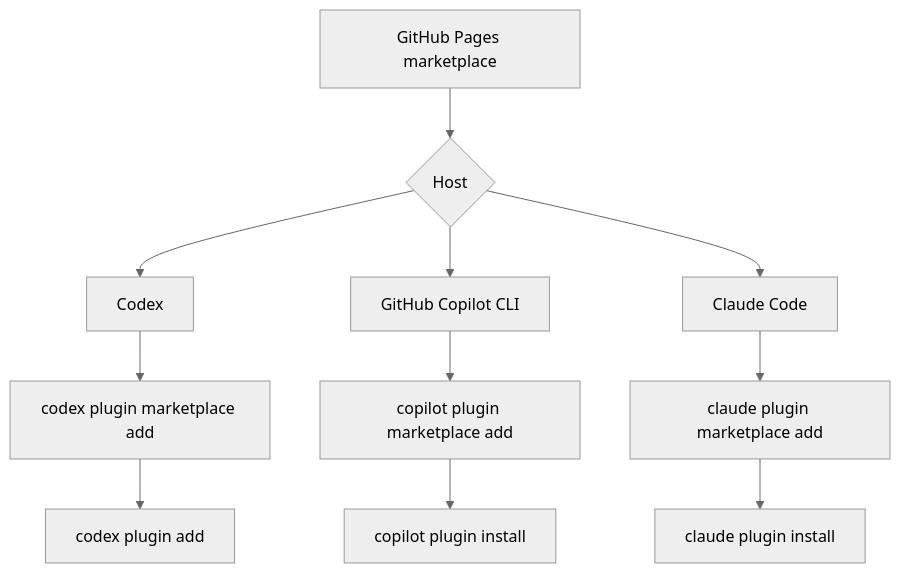
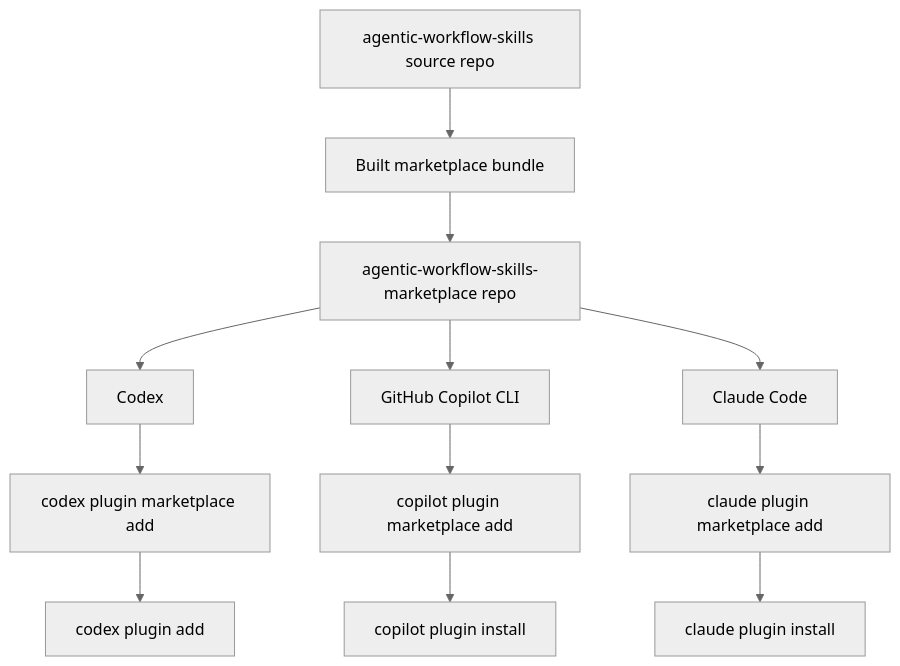
The second of 2 diagrams in README.md (jleiva-gap/agentic-workflow-skills), drawn with Mermaid (neutral theme) before and after one commit. The commit also changed other lines of this file and 6 other files, not shown here.

````diff
--- a/README.md
+++ b/README.md
@@ -89,13 +89,14 @@
 ```mermaid
-flowchart TB
-    A[GitHub Pages marketplace] --> B{Host}
-    B --> C[Codex]
-    B --> D[GitHub Copilot CLI]
-    B --> E[Claude Code]
-    C --> C1[codex plugin marketplace add]
-    C1 --> C2[codex plugin add]
-    D --> D1[copilot plugin marketplace add]
-    D1 --> D2[copilot plugin install]
-    E --> E1[claude plugin marketplace add]
-    E1 --> E2[claude plugin install]
+graph TD
+    A[agentic-workflow-skills source repo] --> B[Built marketplace bundle]
+    B --> C[agentic-workflow-skills-marketplace repo]
+    C --> D[Codex]
+    C --> E[GitHub Copilot CLI]
+    C --> F[Claude Code]
+    D --> D1[codex plugin marketplace add]
+    D1 --> D2[codex plugin add]
+    E --> E1[copilot plugin marketplace add]
+    E1 --> E2[copilot plugin install]
+    F --> F1[claude plugin marketplace add]
+    F1 --> F2[claude plugin install]
 ```
````
